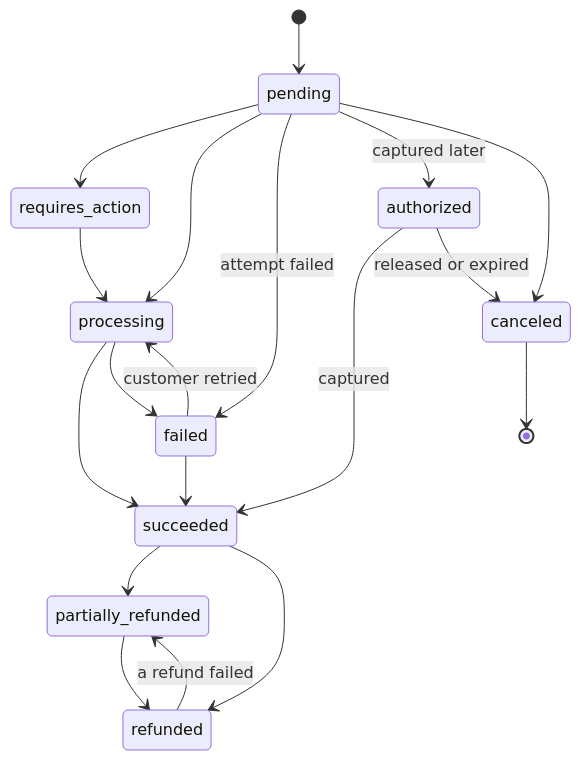
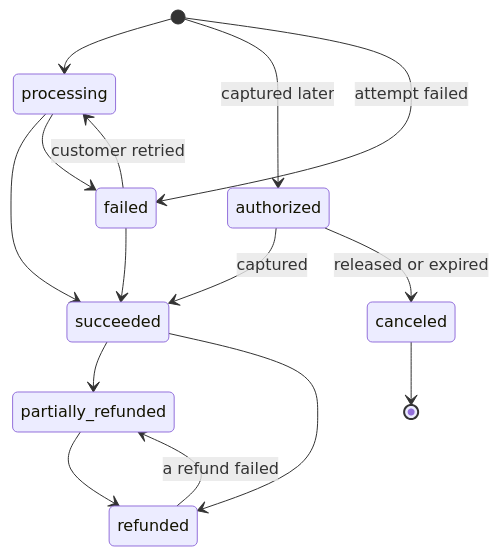
One commit to lalitkarthik/webhook-sync changed the diagram in docs/design/sources.md. Above: the diagram before and after it, drawn with Mermaid. The commit also changed other lines of this file and 23 other files, not shown here.

````diff
--- a/docs/design/sources.md
+++ b/docs/design/sources.md
@@ -26,21 +24,17 @@
 ```mermaid
 stateDiagram-v2
-  [*] --> pending
-  pending --> requires_action
-  requires_action --> processing
-  pending --> processing
-  pending --> failed : attempt failed
+  [*] --> processing
+  [*] --> authorized : captured later
+  [*] --> failed : attempt failed
   failed --> processing : customer retried
   failed --> succeeded
   processing --> succeeded
   processing --> failed
-  pending --> authorized : captured later
   authorized --> succeeded : captured
   authorized --> canceled : released or expired
-  pending --> canceled
   succeeded --> partially_refunded
   partially_refunded --> refunded
   succeeded --> refunded
   refunded --> partially_refunded : a refund failed
   canceled --> [*]
 ```
````
